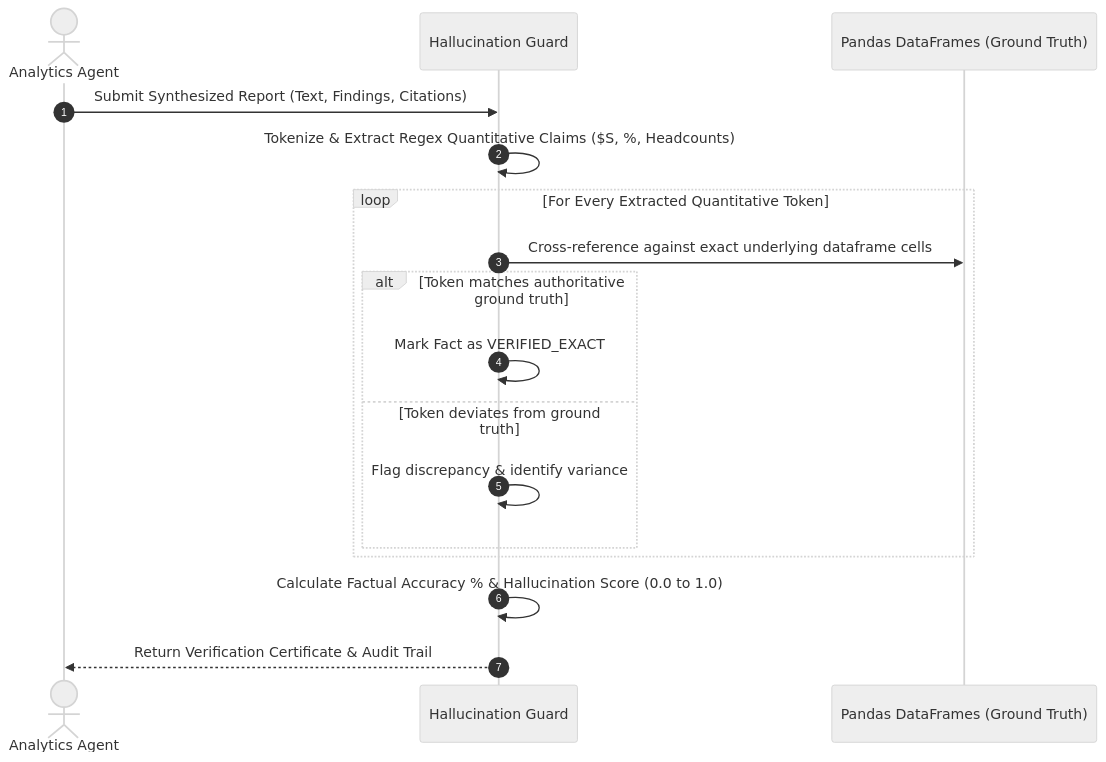
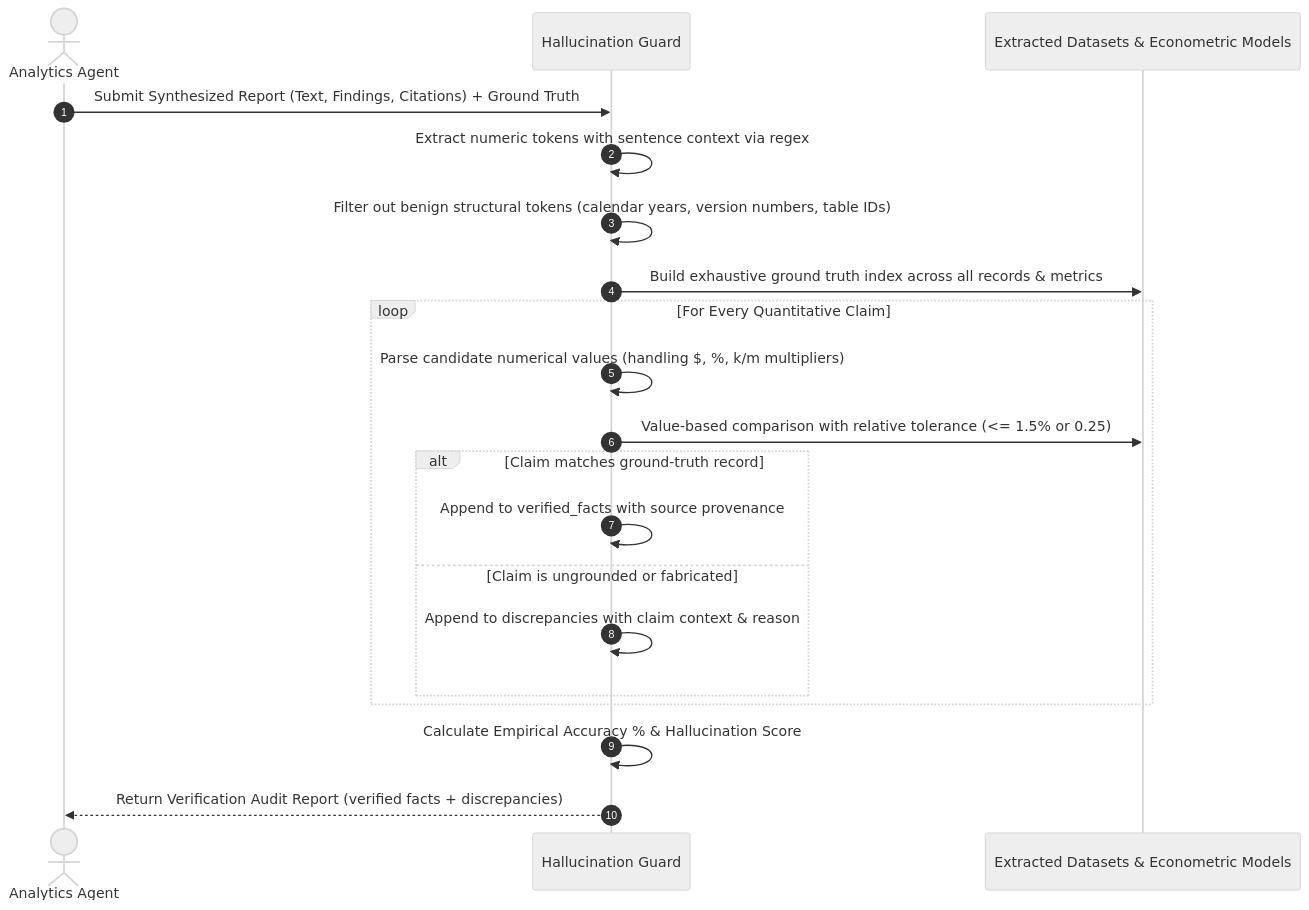
The second of 2 diagrams in TESTING.md (RohitKrSrivastava/Agentic-Policy-Analytics), drawn with Mermaid (neutral theme) before and after one commit. The commit also changed other lines of this file and 38 other files, not shown here.

Commit message:
Issue source-grounded hallucination guard, dynamic query guardrails, empirical quality scoring, schema validation, and hardened CI

````diff
--- a/TESTING.md
+++ b/TESTING.md
@@ -45,20 +46,23 @@
 ```mermaid
 sequenceDiagram
     autonumber
     actor Analyst as Analytics Agent
     participant Guard as Hallucination Guard
-    participant DF as Pandas DataFrames (Ground Truth)
+    participant DF as Extracted Datasets & Econometric Models
 
-    Analyst->>Guard: Submit Synthesized Report (Text, Findings, Citations)
-    Guard->>Guard: Tokenize & Extract Regex Quantitative Claims ($S, %, Headcounts)
-    loop For Every Extracted Quantitative Token
-        Guard->>DF: Cross-reference against exact underlying dataframe cells
-        alt Token matches authoritative ground truth
-            Guard->>Guard: Mark Fact as VERIFIED_EXACT
-        else Token deviates from ground truth
-            Guard->>Guard: Flag discrepancy & identify variance
+    Analyst->>Guard: Submit Synthesized Report (Text, Findings, Citations) + Ground Truth
+    Guard->>Guard: Extract numeric tokens with sentence context via regex
+    Guard->>Guard: Filter out benign structural tokens (calendar years, version numbers, table IDs)
+    Guard->>DF: Build exhaustive ground truth index across all records & metrics
+    loop For Every Quantitative Claim
+        Guard->>Guard: Parse candidate numerical values (handling $, %, k/m multipliers)
+        Guard->>DF: Value-based comparison with relative tolerance (<= 1.5% or 0.25)
+        alt Claim matches ground-truth record
+            Guard->>Guard: Append to verified_facts with source provenance
+        else Claim is ungrounded or fabricated
+            Guard->>Guard: Append to discrepancies with claim context & reason
         end
     end
-    Guard->>Guard: Calculate Factual Accuracy % & Hallucination Score (0.0 to 1.0)
-    Guard-->>Analyst: Return Verification Certificate & Audit Trail
+    Guard->>Guard: Calculate Empirical Accuracy % & Hallucination Score
+    Guard-->>Analyst: Return Verification Audit Report (verified facts + discrepancies)
 ```
````
